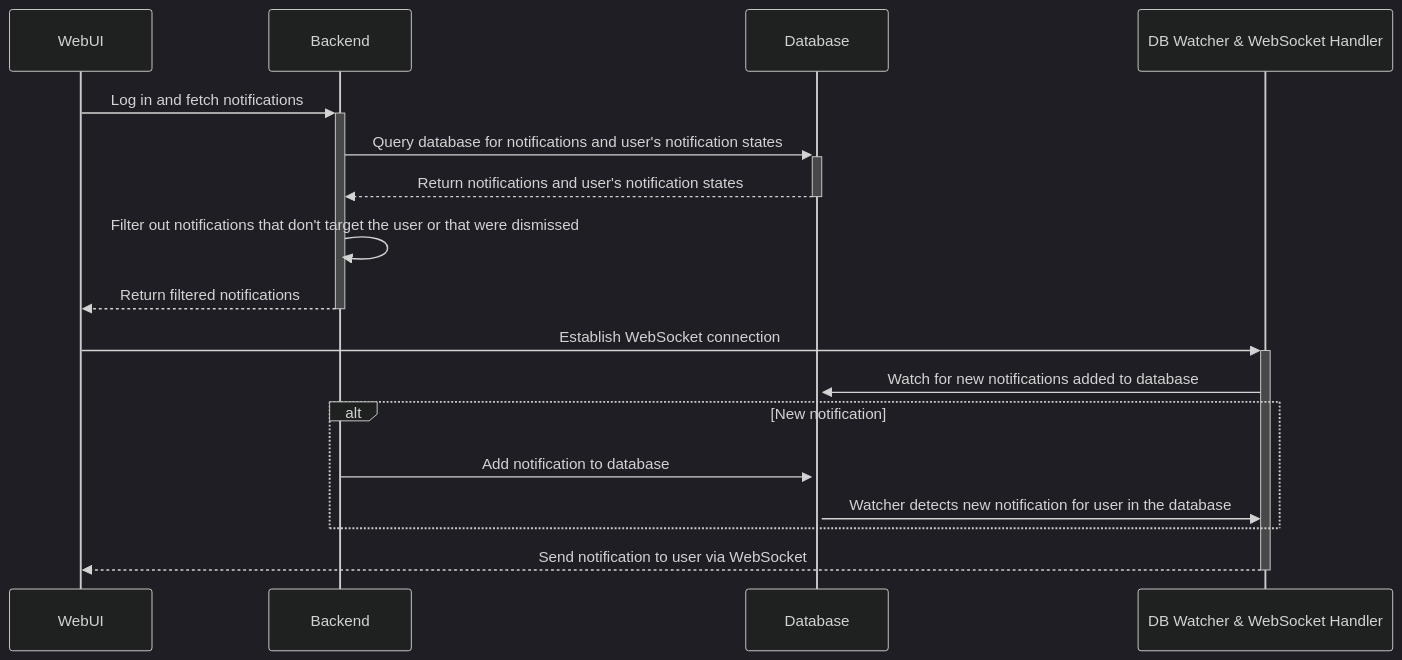
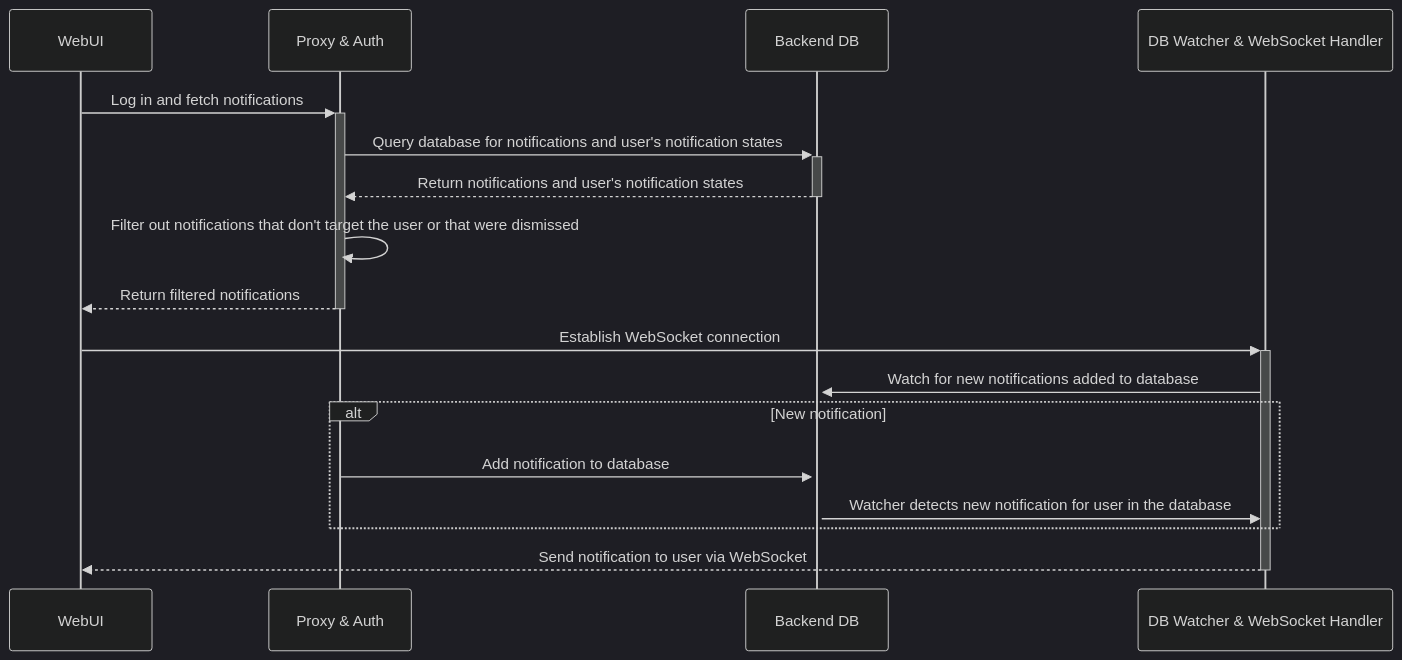
Before and after one commit to kiosc-france/teleport: the diagram in rfd/0156-notifications.md, drawn with Mermaid (dark theme). The commit also changed other lines of this file, not shown here.

````diff
--- a/rfd/0156-notifications.md
+++ b/rfd/0156-notifications.md
@@ -247,22 +290,22 @@
 ```mermaid
 sequenceDiagram
    participant WebUI
-   participant Backend
-   participant Database
+   participant ProxyAuth as Proxy & Auth
+   participant BackendDB as Backend DB
    participant DBWatcher as DB Watcher & WebSocket Handler
 
-   WebUI->>+Backend: Log in and fetch notifications
-   Backend->>+Database: Query database for notifications and user's notification states
-   Database-->>-Backend: Return notifications and user's notification states
-   Backend->>Backend: Filter out notifications that don't target the user or that were dismissed
-   Backend-->>-WebUI: Return filtered notifications
+   WebUI->>+ProxyAuth: Log in and fetch notifications
+   ProxyAuth->>+BackendDB: Query database for notifications and user's notification states
+   BackendDB-->>-ProxyAuth: Return notifications and user's notification states
+   ProxyAuth->>ProxyAuth: Filter out notifications that don't target the user or that were dismissed
+   ProxyAuth-->>-WebUI: Return filtered notifications
    WebUI->>+DBWatcher: Establish WebSocket connection
-   DBWatcher->>+Database: Watch for new notifications added  to database
+   DBWatcher->>+BackendDB: Watch for new notifications added  to database
 
    alt New notification
-      Backend->>Database: Add notification to database
-      Database->>DBWatcher: Watcher detects new notification for user in the database
+      ProxyAuth->>BackendDB: Add notification to database
+      BackendDB->>DBWatcher: Watcher detects new notification for user in the database
    end
 
    DBWatcher-->>-WebUI: Send notification to user via WebSocket
 ```
````
